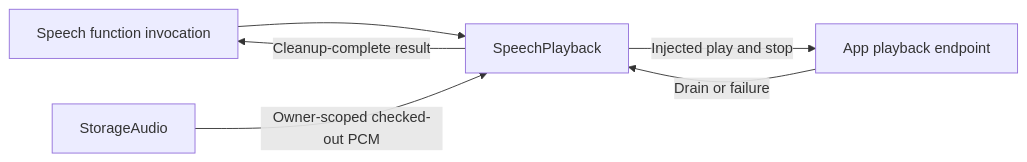
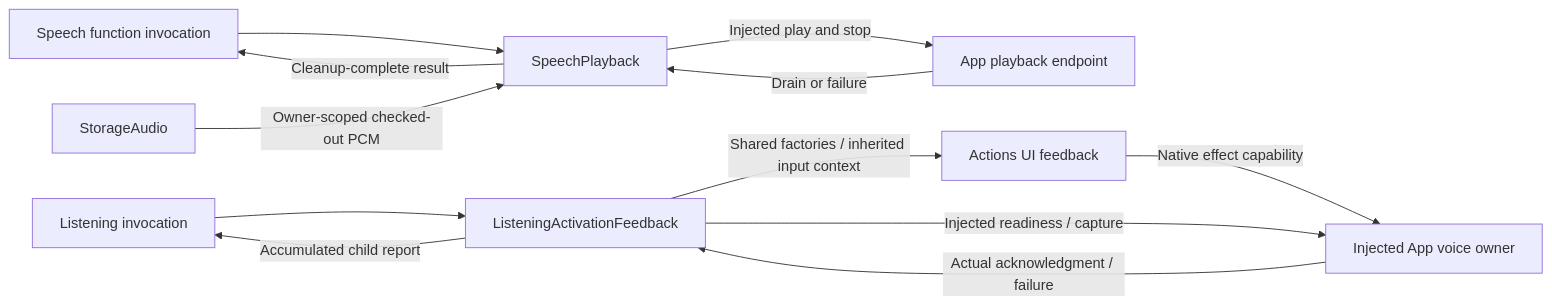
One commit to devilyouwei/MobileHarness changed the diagram in MobileHarness/App/Workflows/Speech/README.md. Above: the diagram before and after it, drawn with Mermaid. The commit also changed other lines of this file and 456 other files, not shown here.

````diff
--- a/MobileHarness/App/Workflows/Speech/README.md
+++ b/MobileHarness/App/Workflows/Speech/README.md
@@ -15,8 +15,14 @@
 ```mermaid
 flowchart LR
  Function[Speech function invocation] --> Playback[SpeechPlayback]
  Storage[StorageAudio] -->|Owner-scoped checked-out PCM| Playback
  Playback -->|Injected play and stop| Native[App playback endpoint]
  Native -->|Drain or failure| Playback
  Playback -->|Cleanup-complete result| Function
+ Listening[Listening invocation] --> Wake[ListeningActivationFeedback]
+ Wake -->|Shared factories / inherited input context| Functions[Actions UI feedback]
+ Functions -->|Native effect capability| Endpoint[Injected App voice owner]
+ Wake -->|Injected readiness / capture| Endpoint
+ Endpoint -->|Actual acknowledgment / failure| Wake
+ Wake -->|Accumulated child report| Listening
 ```
````
